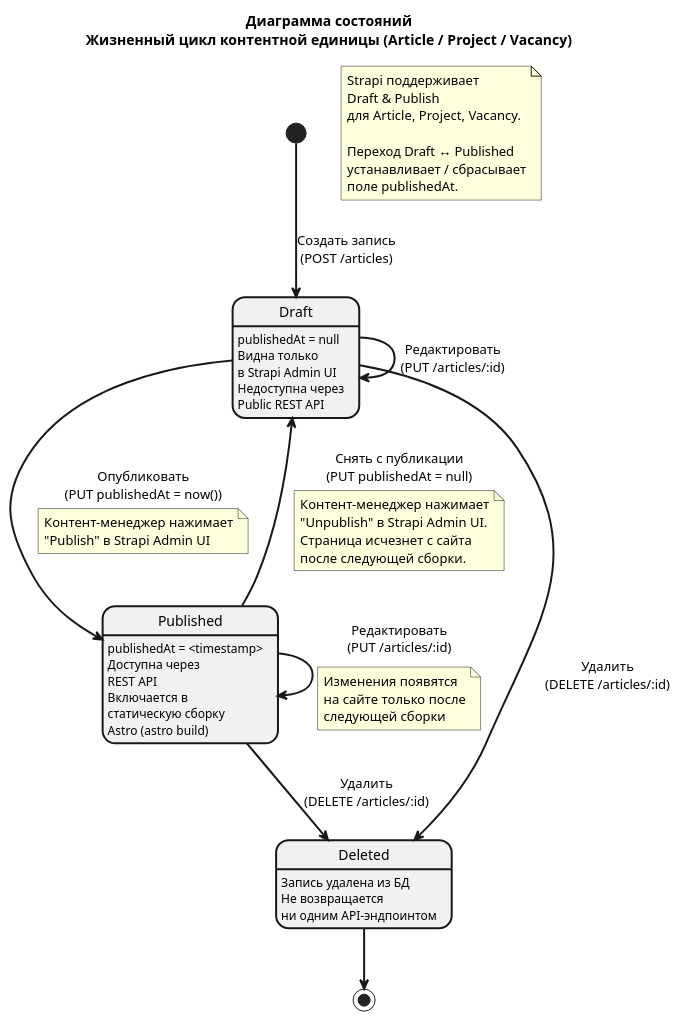
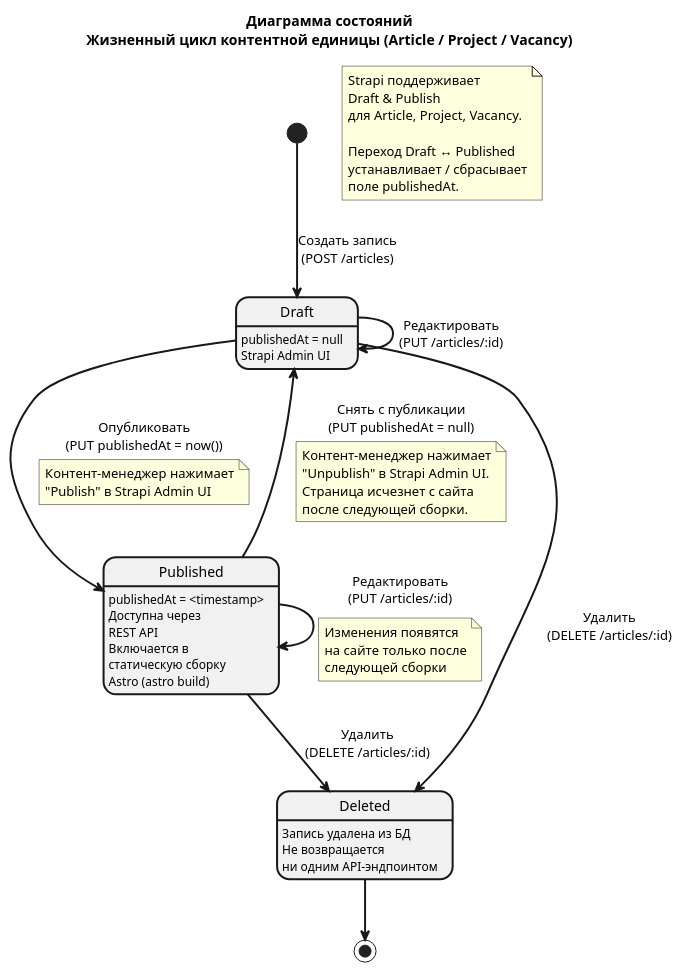
The diagram in uml/04_state.puml (ArthurNyan/8sem_work), drawn with PlantUML before and after one commit. The commit also changed 7 other files, not shown here.

First line of the commit message:
Update UML diagrams and add project presentation materials

```diff
--- a/uml/04_state.puml
+++ b/uml/04_state.puml
@@ -1,57 +1,56 @@
 @startuml state
 
 title Диаграмма состояний\nЖизненный цикл контентной единицы (Article / Project / Vacancy)
 
 skinparam stateBorderThickness 2
 skinparam stateArrowThickness 2
 
 [*] --> Draft : Создать запись\n(POST /articles)
 
 state Draft {
     Draft : publishedAt = null
-    Draft : Видна только\nв Strapi Admin UI
-    Draft : Недоступна через\nPublic REST API
+    Draft : Strapi Admin UI
 }
 
 state Published {
     Published : publishedAt = <timestamp>
     Published : Доступна через\nREST API
     Published : Включается в\nстатическую сборку\nAstro (astro build)
 }
 
 state Deleted {
     Deleted : Запись удалена из БД
     Deleted : Не возвращается\nни одним API-эндпоинтом
 }
 
 Draft --> Draft : Редактировать\n(PUT /articles/:id)
 
 Draft --> Published : Опубликовать\n(PUT publishedAt = now())
 note on link
     Контент-менеджер нажимает
     "Publish" в Strapi Admin UI
 end note
 
 Published --> Draft : Снять с публикации\n(PUT publishedAt = null)
 note on link
     Контент-менеджер нажимает
     "Unpublish" в Strapi Admin UI.
     Страница исчезнет с сайта
     после следующей сборки.
 end note
 
 Published --> Published : Редактировать\n(PUT /articles/:id)
 note on link
     Изменения появятся
     на сайте только после
     следующей сборки
 end note
 
 Draft --> Deleted : Удалить\n(DELETE /articles/:id)
 Published --> Deleted : Удалить\n(DELETE /articles/:id)
 
 Deleted --> [*]
 
 note "Strapi поддерживает\nDraft & Publish\nдля Article, Project, Vacancy.\n\nПереход Draft ↔ Published\nустанавливает / сбрасывает\nполе publishedAt." as N1
 
 @enduml
```
